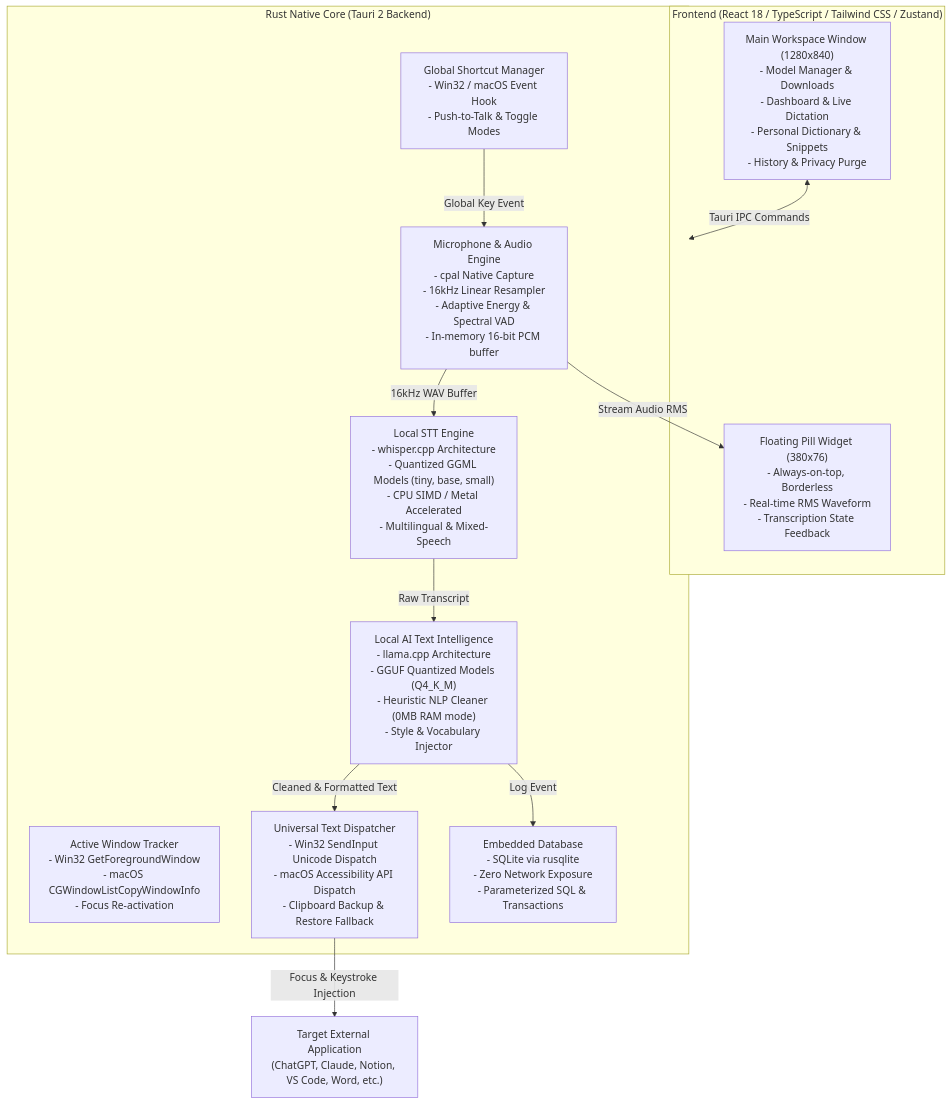
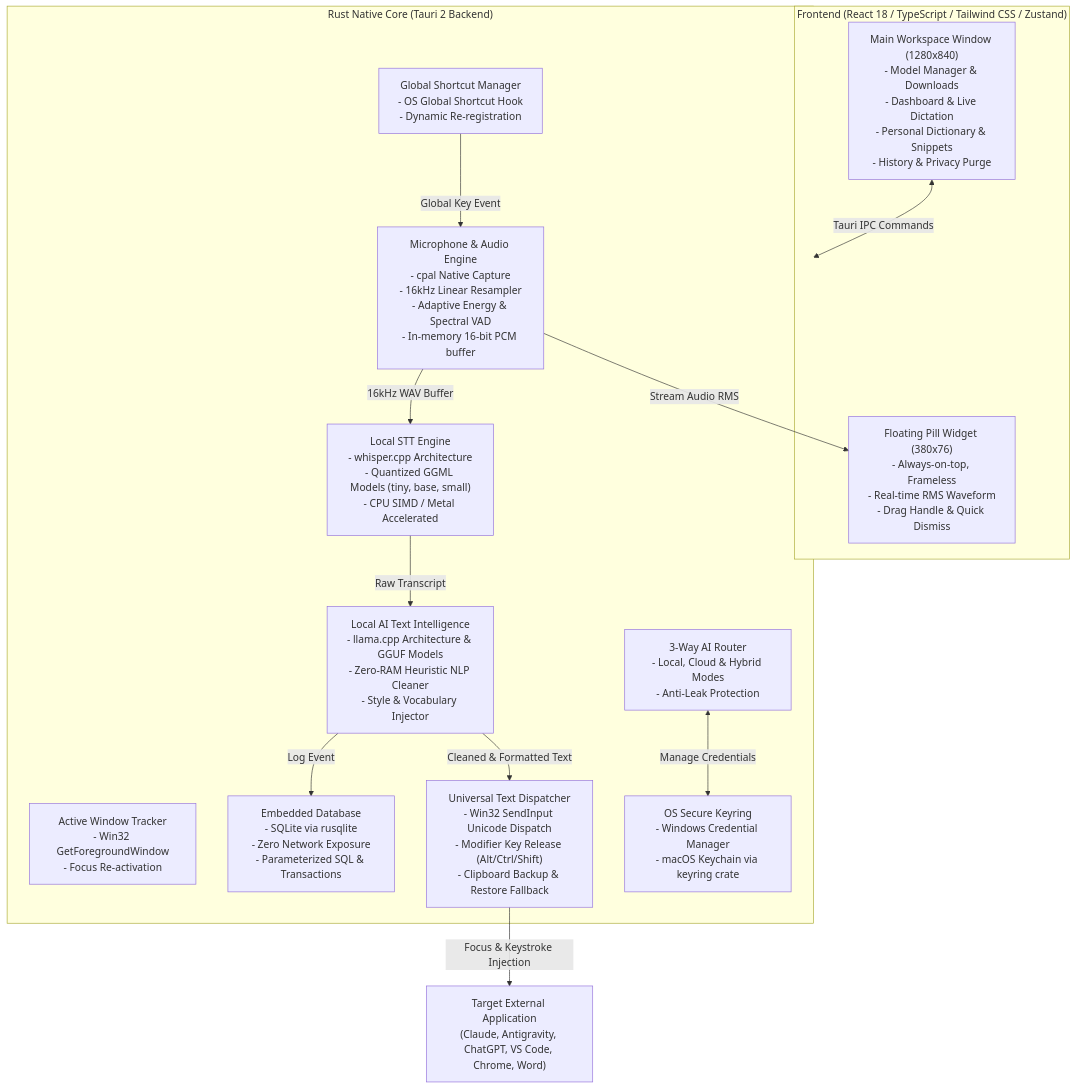
Before and after one commit to A2004-a/amiyo-flow: the diagram in docs/ARCHITECTURE.md, drawn with Mermaid. The commit also changed other lines of this file and 18 other files, not shown here.

````diff
--- a/docs/ARCHITECTURE.md
+++ b/docs/ARCHITECTURE.md
@@ -7,26 +7,29 @@
 ```mermaid
 graph TD
     subgraph UI ["Frontend (React 18 / TypeScript / Tailwind CSS / Zustand)"]
         MainWindow["Main Workspace Window (1280x840)<br/>- Model Manager & Downloads<br/>- Dashboard & Live Dictation<br/>- Personal Dictionary & Snippets<br/>- History & Privacy Purge"]
-        PillWidget["Floating Pill Widget (380x76)<br/>- Always-on-top, Borderless<br/>- Real-time RMS Waveform<br/>- Transcription State Feedback"]
+        PillWidget["Floating Pill Widget (380x76)<br/>- Always-on-top, Frameless<br/>- Real-time RMS Waveform<br/>- Drag Handle & Quick Dismiss"]
     end
 
     subgraph NativeCore ["Rust Native Core (Tauri 2 Backend)"]
         AudioEngine["Microphone & Audio Engine<br/>- cpal Native Capture<br/>- 16kHz Linear Resampler<br/>- Adaptive Energy & Spectral VAD<br/>- In-memory 16-bit PCM buffer"]
-        HotkeyEngine["Global Shortcut Manager<br/>- Win32 / macOS Event Hook<br/>- Push-to-Talk & Toggle Modes"]
-        FocusTracker["Active Window Tracker<br/>- Win32 GetForegroundWindow<br/>- macOS CGWindowListCopyWindowInfo<br/>- Focus Re-activation"]
-        LocalWhisper["Local STT Engine<br/>- whisper.cpp Architecture<br/>- Quantized GGML Models (tiny, base, small)<br/>- CPU SIMD / Metal Accelerated<br/>- Multilingual & Mixed-Speech"]
-        LocalLLM["Local AI Text Intelligence<br/>- llama.cpp Architecture<br/>- GGUF Quantized Models (Q4_K_M)<br/>- Heuristic NLP Cleaner (0MB RAM mode)<br/>- Style & Vocabulary Injector"]
-        TextInjector["Universal Text Dispatcher<br/>- Win32 SendInput Unicode Dispatch<br/>- macOS Accessibility API Dispatch<br/>- Clipboard Backup & Restore Fallback"]
+        HotkeyEngine["Global Shortcut Manager<br/>- OS Global Shortcut Hook<br/>- Dynamic Re-registration"]
+        FocusTracker["Active Window Tracker<br/>- Win32 GetForegroundWindow<br/>- Focus Re-activation"]
+        LocalWhisper["Local STT Engine<br/>- whisper.cpp Architecture<br/>- Quantized GGML Models (tiny, base, small)<br/>- CPU SIMD / Metal Accelerated"]
+        LocalLLM["Local AI Text Intelligence<br/>- llama.cpp Architecture & GGUF Models<br/>- Zero-RAM Heuristic NLP Cleaner<br/>- Style & Vocabulary Injector"]
+        TextInjector["Universal Text Dispatcher<br/>- Win32 SendInput Unicode Dispatch<br/>- Modifier Key Release (Alt/Ctrl/Shift)<br/>- Clipboard Backup & Restore Fallback"]
+        AIRouter["3-Way AI Router<br/>- Local, Cloud & Hybrid Modes<br/>- Anti-Leak Protection"]
+        KeyringEngine["OS Secure Keyring<br/>- Windows Credential Manager<br/>- macOS Keychain via keyring crate"]
         LocalDB["Embedded Database<br/>- SQLite via rusqlite<br/>- Zero Network Exposure<br/>- Parameterized SQL & Transactions"]
     end
 
     HotkeyEngine -->|"Global Key Event"| AudioEngine
     AudioEngine -->|"Stream Audio RMS"| PillWidget
     AudioEngine -->|"16kHz WAV Buffer"| LocalWhisper
     LocalWhisper -->|"Raw Transcript"| LocalLLM
     LocalLLM -->|"Cleaned & Formatted Text"| TextInjector
-    TextInjector -->|"Focus & Keystroke Injection"| TargetApp["Target External Application<br/>(ChatGPT, Claude, Notion, VS Code, Word, etc.)"]
+    TextInjector -->|"Focus & Keystroke Injection"| TargetApp["Target External Application<br/>(Claude, Antigravity, ChatGPT, VS Code, Chrome, Word)"]
     LocalLLM -->|"Log Event"| LocalDB
+    AIRouter <-->|"Manage Credentials"| KeyringEngine
     MainWindow <-->|"Tauri IPC Commands"| NativeCore
 ```
````
